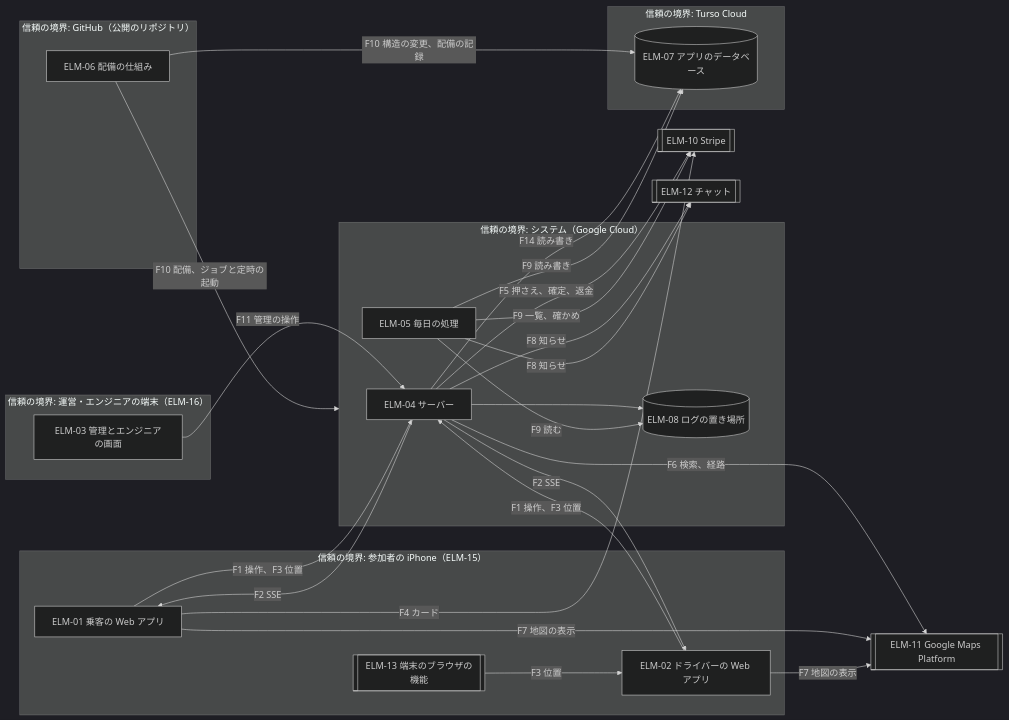
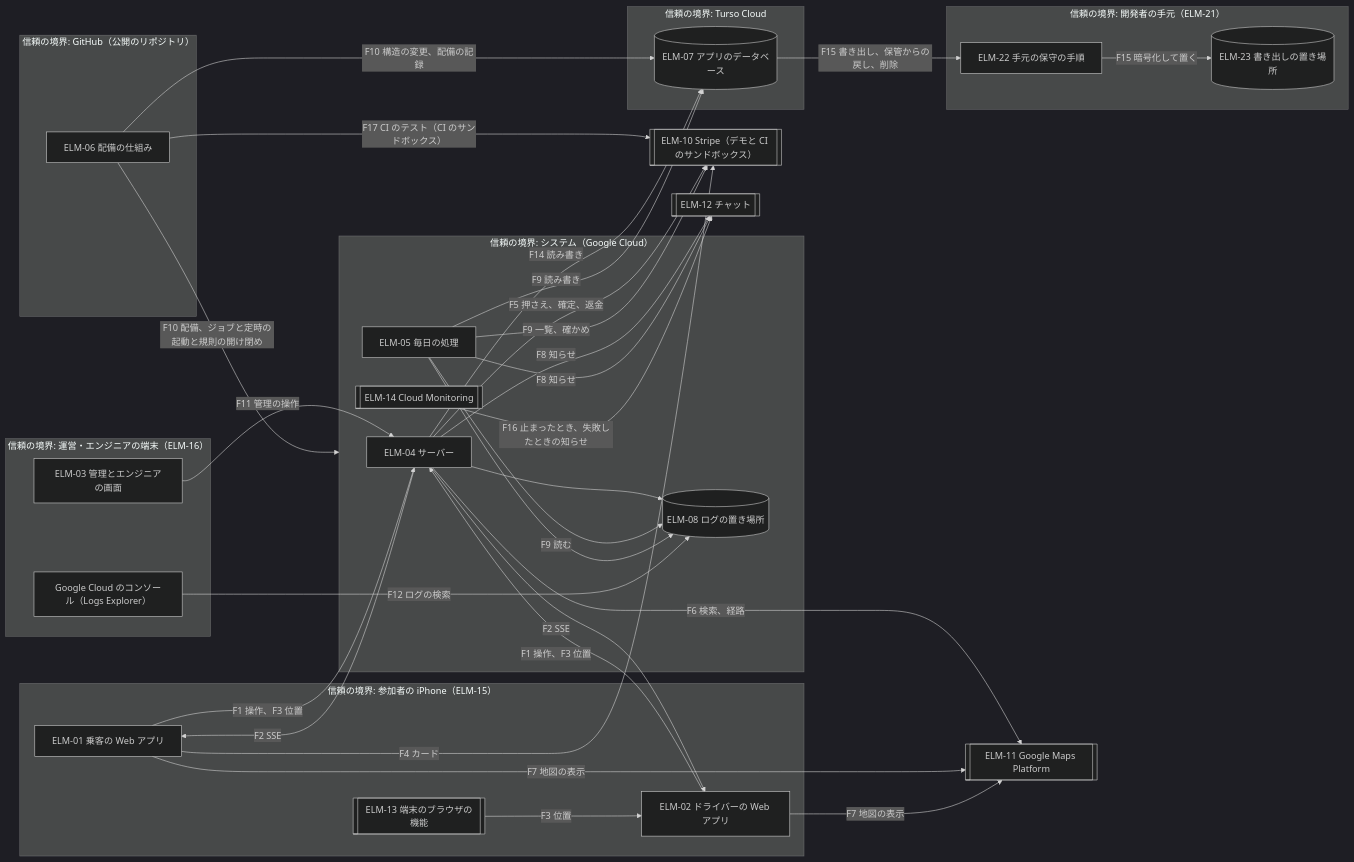
Before and after one commit to Taro000/ride-hailing-app-demo: the first of 6 diagrams in docs/design/2-architecture.md, drawn with Mermaid (dark theme). The commit also changed other lines of this file and 55 other files, not shown here.

First line of the commit message:
architecture-drivers-to-architecture 再実行: FND-04〜17 を受け入れ、DEC-33〜37 と ELM-22・23 を追加

````diff
--- a/docs/design/2-architecture.md
+++ b/docs/design/2-architecture.md
@@ -459,45 +628,57 @@
 ```mermaid
 flowchart LR
   subgraph tdev["信頼の境界: 参加者の iPhone（ELM-15）"]
     pa["ELM-01 乗客の Web アプリ"]
     da["ELM-02 ドライバーの Web アプリ"]
     bc[["ELM-13 端末のブラウザの機能"]]
   end
   subgraph topd["信頼の境界: 運営・エンジニアの端末（ELM-16）"]
     bo["ELM-03 管理とエンジニアの画面"]
+    con["Google Cloud のコンソール（Logs Explorer）"]
   end
   subgraph tsys["信頼の境界: システム（Google Cloud）"]
     srv["ELM-04 サーバー"]
     batch["ELM-05 毎日の処理"]
     logs[("ELM-08 ログの置き場所")]
+    mon[["ELM-14 Cloud Monitoring"]]
   end
   subgraph tdb["信頼の境界: Turso Cloud"]
     db[("ELM-07 アプリのデータベース")]
   end
   subgraph tgh["信頼の境界: GitHub（公開のリポジトリ）"]
     ci["ELM-06 配備の仕組み"]
   end
-  stripe[["ELM-10 Stripe"]]
+  subgraph tloc["信頼の境界: 開発者の手元（ELM-21）"]
+    maint["ELM-22 手元の保守の手順"]
+    exp[("ELM-23 書き出しの置き場所")]
+  end
+  stripe[["ELM-10 Stripe（デモと CI のサンドボックス）"]]
   maps[["ELM-11 Google Maps Platform"]]
   chat[["ELM-12 チャット"]]
   bc -->|"F3 位置"| da
   pa -->|"F1 操作、F3 位置"| srv
   da -->|"F1 操作、F3 位置"| srv
   srv -->|"F2 SSE"| pa
   srv -->|"F2 SSE"| da
   bo -->|"F11 管理の操作"| srv
   pa -->|"F4 カード"| stripe
   srv -->|"F5 押さえ、確定、返金"| stripe
   srv -->|"F6 検索、経路"| maps
   pa -->|"F7 地図の表示"| maps
   da -->|"F7 地図の表示"| maps
   srv -->|"F8 知らせ"| chat
   srv -->|"F14 読み書き"| db
   srv --> logs
   batch -->|"F9 読み書き"| db
   batch -->|"F9 一覧、確かめ"| stripe
   batch -->|"F9 読む"| logs
+  batch --> logs
   batch -->|"F8 知らせ"| chat
-  ci -->|"F10 配備、ジョブと定時の起動"| tsys
+  mon -->|"F16 止まったとき、失敗したときの知らせ"| chat
+  con -->|"F12 ログの検索"| logs
+  ci -->|"F10 配備、ジョブと定時の起動と規則の開け閉め"| tsys
   ci -->|"F10 構造の変更、配備の記録"| db
+  ci -->|"F17 CI のテスト（CI のサンドボックス）"| stripe
+  db -->|"F15 書き出し、保管からの戻し、削除"| maint
+  maint -->|"F15 暗号化して置く"| exp
 ```
````
